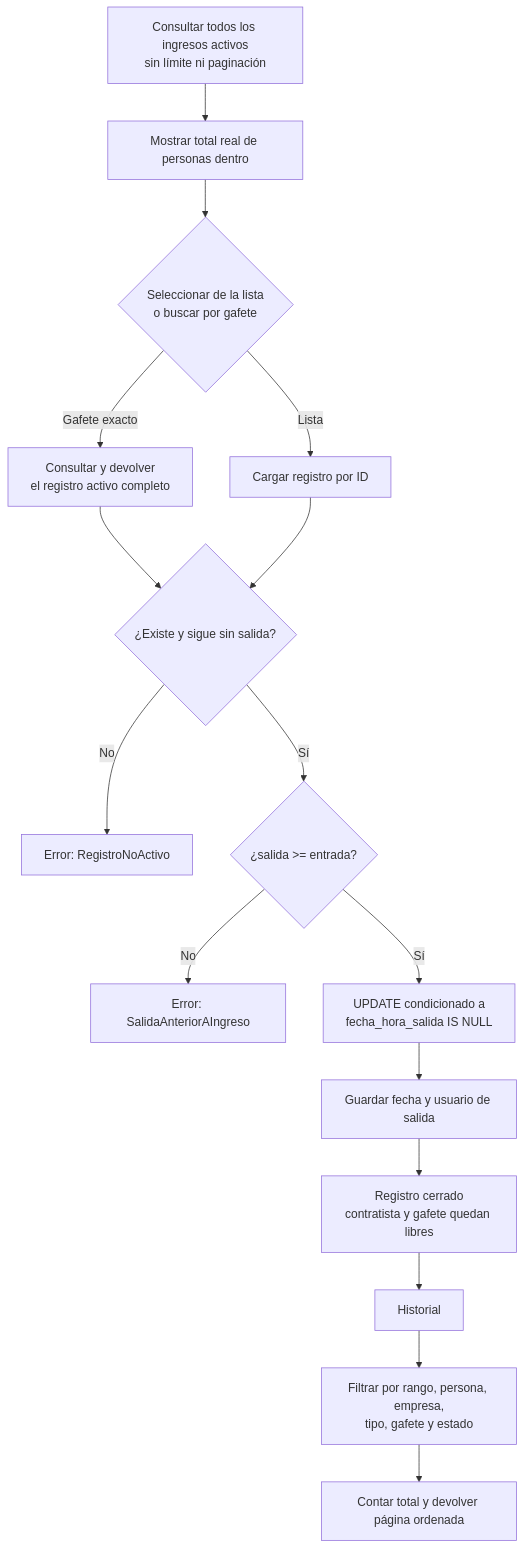
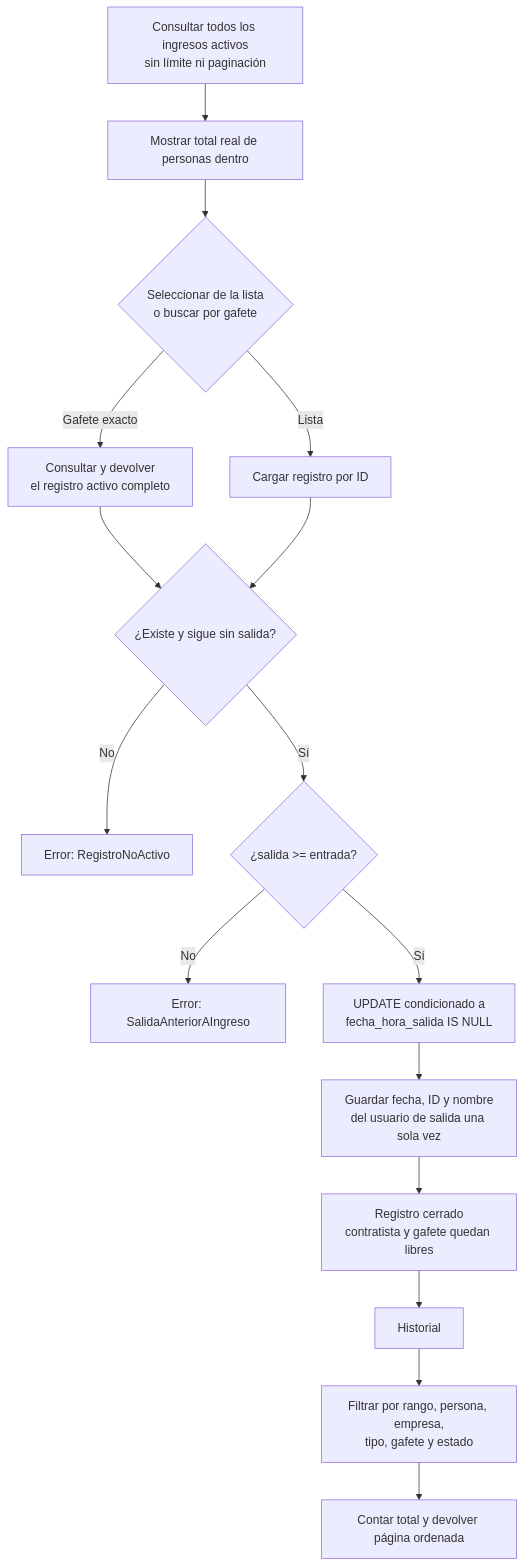
One commit to DQM27/acceso_CLI changed the fourth of 7 diagrams in docs/diagrama-logico.md. Above: the diagram before and after it, drawn with Mermaid. The commit also changed other lines of this file and 16 other files, not shown here.

````diff
--- a/docs/diagrama-logico.md
+++ b/docs/diagrama-logico.md
@@ -163,18 +163,18 @@
 ```mermaid
 flowchart TD
     A["Consultar todos los ingresos activos<br/>sin límite ni paginación"] --> T["Mostrar total real de personas dentro"]
     T --> B{"Seleccionar de la lista<br/>o buscar por gafete"}
     B -->|Lista| C["Cargar registro por ID"]
     B -->|Gafete exacto| C2["Consultar y devolver<br/>el registro activo completo"]
     C2 --> D
     C --> D{"¿Existe y sigue sin salida?"}
     D -->|No| E["Error: RegistroNoActivo"]
     D -->|Sí| F{"¿salida >= entrada?"}
     F -->|No| G["Error: SalidaAnteriorAIngreso"]
     F -->|Sí| H["UPDATE condicionado a<br/>fecha_hora_salida IS NULL"]
-    H --> I["Guardar fecha y usuario de salida"]
+    H --> I["Guardar fecha, ID y nombre<br/>del usuario de salida una sola vez"]
     I --> J["Registro cerrado<br/>contratista y gafete quedan libres"]
     J --> K["Historial"]
     K --> L["Filtrar por rango, persona, empresa,<br/>tipo, gafete y estado"]
     L --> M["Contar total y devolver página ordenada"]
 ```
````
